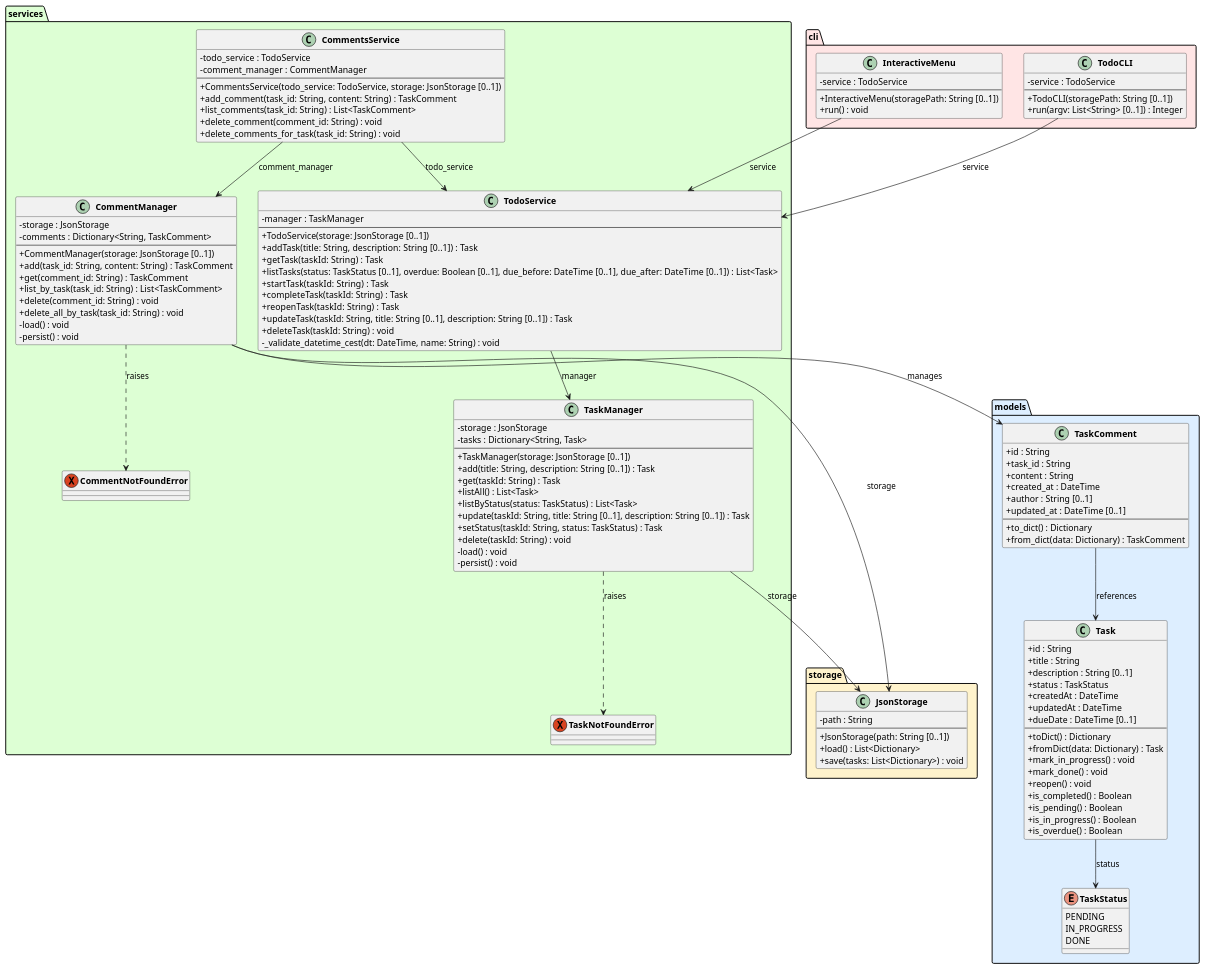
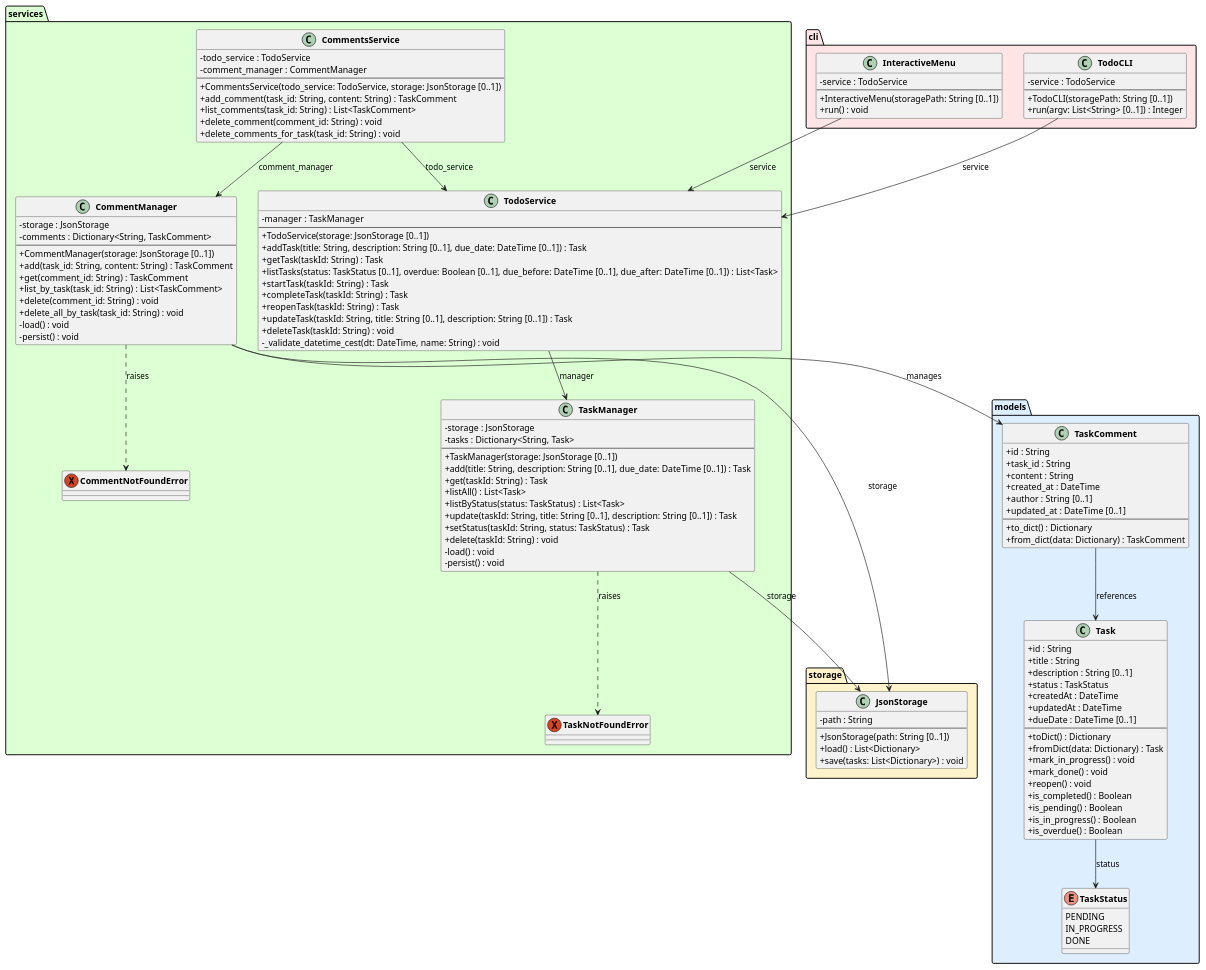
The diagram in experiments/supervisor_as_tools/test_driven/TODO/artifacts/class_diagram.puml (DanielRiha8906/Software_autoevolution_using_agents), drawn with PlantUML before and after one commit. The commit also changed 5 other files, not shown here.

```diff
--- a/experiments/supervisor_as_tools/test_driven/TODO/artifacts/class_diagram.puml
+++ b/experiments/supervisor_as_tools/test_driven/TODO/artifacts/class_diagram.puml
@@ -1,146 +1,146 @@
 @startuml class_diagram
 
 skinparam classAttributeIconSize 0
 skinparam classFontStyle bold
 
 package "models" #DDEEFF {
     enum TaskStatus {
         PENDING
         IN_PROGRESS
         DONE
     }
 
     class TaskComment {
         +id : String
         +task_id : String
         +content : String
         +created_at : DateTime
         +author : String [0..1]
         +updated_at : DateTime [0..1]
         --
         +to_dict() : Dictionary
         +from_dict(data: Dictionary) : TaskComment
     }
 
     class Task {
         +id : String
         +title : String
         +description : String [0..1]
         +status : TaskStatus
         +createdAt : DateTime
         +updatedAt : DateTime
         +dueDate : DateTime [0..1]
         --
         +toDict() : Dictionary
         +fromDict(data: Dictionary) : Task
         +mark_in_progress() : void
         +mark_done() : void
         +reopen() : void
         +is_completed() : Boolean
         +is_pending() : Boolean
         +is_in_progress() : Boolean
         +is_overdue() : Boolean
     }
 }
 
 package "storage" #FFF3CC {
     class JsonStorage {
         -path : String
         --
         +JsonStorage(path: String [0..1])
         +load() : List<Dictionary>
         +save(tasks: List<Dictionary>) : void
     }
 }
 
 package "services" #DDFFD4 {
     exception TaskNotFoundError
     exception CommentNotFoundError
 
     class TaskManager {
         -storage : JsonStorage
         -tasks : Dictionary<String, Task>
         --
         +TaskManager(storage: JsonStorage [0..1])
-        +add(title: String, description: String [0..1]) : Task
+        +add(title: String, description: String [0..1], due_date: DateTime [0..1]) : Task
         +get(taskId: String) : Task
         +listAll() : List<Task>
         +listByStatus(status: TaskStatus) : List<Task>
         +update(taskId: String, title: String [0..1], description: String [0..1]) : Task
         +setStatus(taskId: String, status: TaskStatus) : Task
         +delete(taskId: String) : void
         -load() : void
         -persist() : void
     }
 
     class CommentManager {
         -storage : JsonStorage
         -comments : Dictionary<String, TaskComment>
         --
         +CommentManager(storage: JsonStorage [0..1])
         +add(task_id: String, content: String) : TaskComment
         +get(comment_id: String) : TaskComment
         +list_by_task(task_id: String) : List<TaskComment>
         +delete(comment_id: String) : void
         +delete_all_by_task(task_id: String) : void
         -load() : void
         -persist() : void
     }
 
     class TodoService {
         -manager : TaskManager
         --
         +TodoService(storage: JsonStorage [0..1])
-        +addTask(title: String, description: String [0..1]) : Task
+        +addTask(title: String, description: String [0..1], due_date: DateTime [0..1]) : Task
         +getTask(taskId: String) : Task
         +listTasks(status: TaskStatus [0..1], overdue: Boolean [0..1], due_before: DateTime [0..1], due_after: DateTime [0..1]) : List<Task>
         +startTask(taskId: String) : Task
         +completeTask(taskId: String) : Task
         +reopenTask(taskId: String) : Task
         +updateTask(taskId: String, title: String [0..1], description: String [0..1]) : Task
         +deleteTask(taskId: String) : void
         -_validate_datetime_cest(dt: DateTime, name: String) : void
     }
 
     class CommentsService {
         -todo_service : TodoService
         -comment_manager : CommentManager
         --
         +CommentsService(todo_service: TodoService, storage: JsonStorage [0..1])
         +add_comment(task_id: String, content: String) : TaskComment
         +list_comments(task_id: String) : List<TaskComment>
         +delete_comment(comment_id: String) : void
         +delete_comments_for_task(task_id: String) : void
     }
 }
 
 package "cli" #FFE5E5 {
     class TodoCLI {
         -service : TodoService
         --
         +TodoCLI(storagePath: String [0..1])
         +run(argv: List<String> [0..1]) : Integer
     }
 
     class InteractiveMenu {
         -service : TodoService
         --
         +InteractiveMenu(storagePath: String [0..1])
         +run() : void
     }
 }
 
 Task --> TaskStatus : status
 TaskComment --> Task : references
 TaskManager --> JsonStorage : storage
 TaskManager ..> TaskNotFoundError : raises
 CommentManager --> JsonStorage : storage
 CommentManager --> TaskComment : manages
 CommentManager ..> CommentNotFoundError : raises
 TodoService --> TaskManager : manager
 CommentsService --> TodoService : todo_service
 CommentsService --> CommentManager : comment_manager
 TodoCLI --> TodoService : service
 InteractiveMenu --> TodoService : service
 
 @enduml
```
